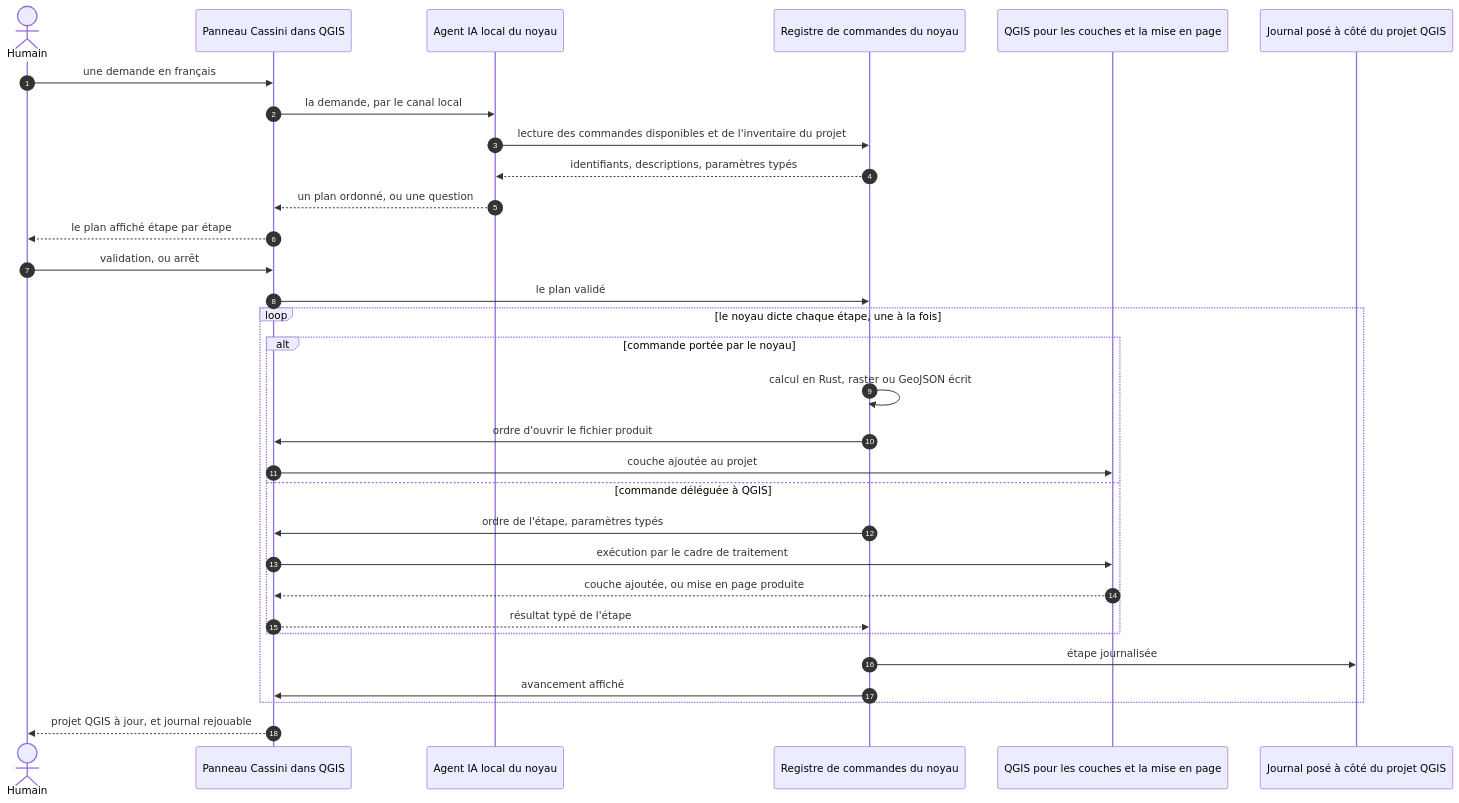
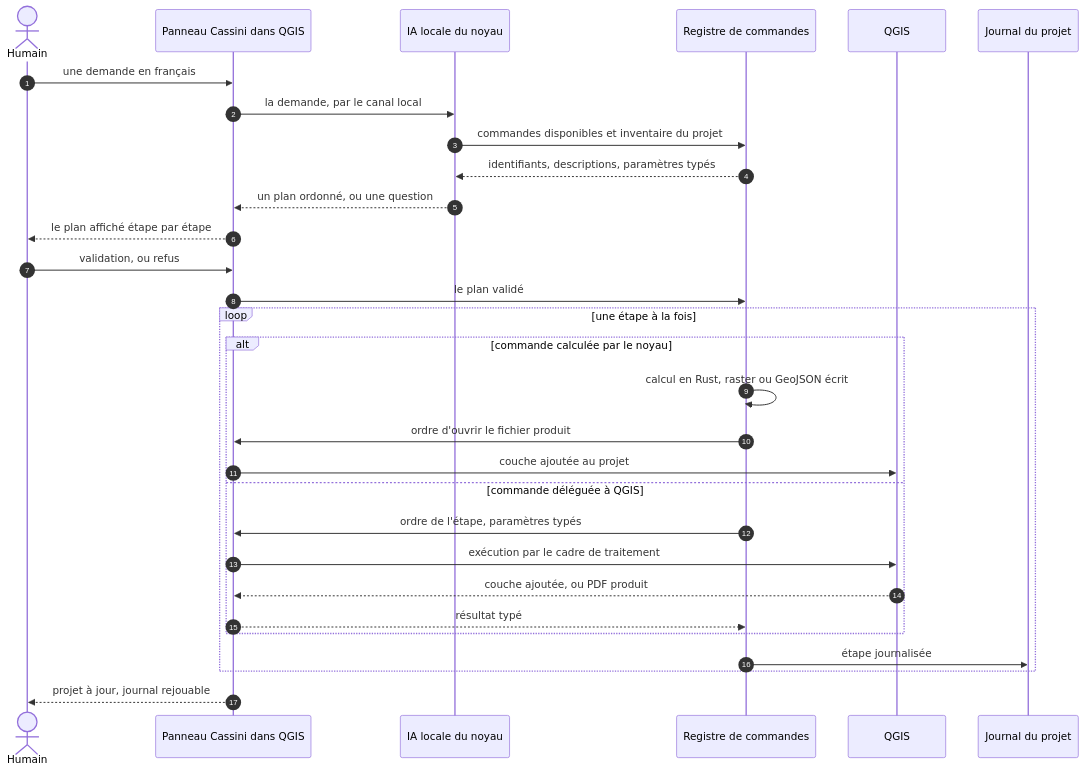
Before and after one commit to Kevzi/cassini-gis: the third of 3 diagrams in README.md, drawn with Mermaid. The commit also changed other lines of this file and 5 other files, not shown here.

First line of the commit message:
docs(readme): README vitrine — démo sur Annecy, captures du panneau, deux installeurs, catalogue à jour

````diff
--- a/README.md
+++ b/README.md
@@ -295,34 +418,33 @@
 ```mermaid
 sequenceDiagram
     autonumber
     actor Humain
     participant Panneau as Panneau Cassini dans QGIS
-    participant Agent as Agent IA local du noyau
-    participant Registre as Registre de commandes du noyau
-    participant QGIS as QGIS pour les couches et la mise en page
-    participant Journal as Journal posé à côté du projet QGIS
+    participant Agent as IA locale du noyau
+    participant Registre as Registre de commandes
+    participant QGIS as QGIS
+    participant Journal as Journal du projet
 
     Humain->>Panneau: une demande en français
     Panneau->>Agent: la demande, par le canal local
-    Agent->>Registre: lecture des commandes disponibles et de l'inventaire du projet
+    Agent->>Registre: commandes disponibles et inventaire du projet
     Registre-->>Agent: identifiants, descriptions, paramètres typés
     Agent-->>Panneau: un plan ordonné, ou une question
     Panneau-->>Humain: le plan affiché étape par étape
-    Humain->>Panneau: validation, ou arrêt
+    Humain->>Panneau: validation, ou refus
     Panneau->>Registre: le plan validé
-    loop le noyau dicte chaque étape, une à la fois
-        alt commande portée par le noyau
+    loop une étape à la fois
+        alt commande calculée par le noyau
             Registre->>Registre: calcul en Rust, raster ou GeoJSON écrit
             Registre->>Panneau: ordre d'ouvrir le fichier produit
             Panneau->>QGIS: couche ajoutée au projet
         else commande déléguée à QGIS
             Registre->>Panneau: ordre de l'étape, paramètres typés
             Panneau->>QGIS: exécution par le cadre de traitement
-            QGIS-->>Panneau: couche ajoutée, ou mise en page produite
-            Panneau-->>Registre: résultat typé de l'étape
+            QGIS-->>Panneau: couche ajoutée, ou PDF produit
+            Panneau-->>Registre: résultat typé
         end
         Registre->>Journal: étape journalisée
-        Registre->>Panneau: avancement affiché
     end
-    Panneau-->>Humain: projet QGIS à jour, et journal rejouable
+    Panneau-->>Humain: projet à jour, journal rejouable
 ```
````
